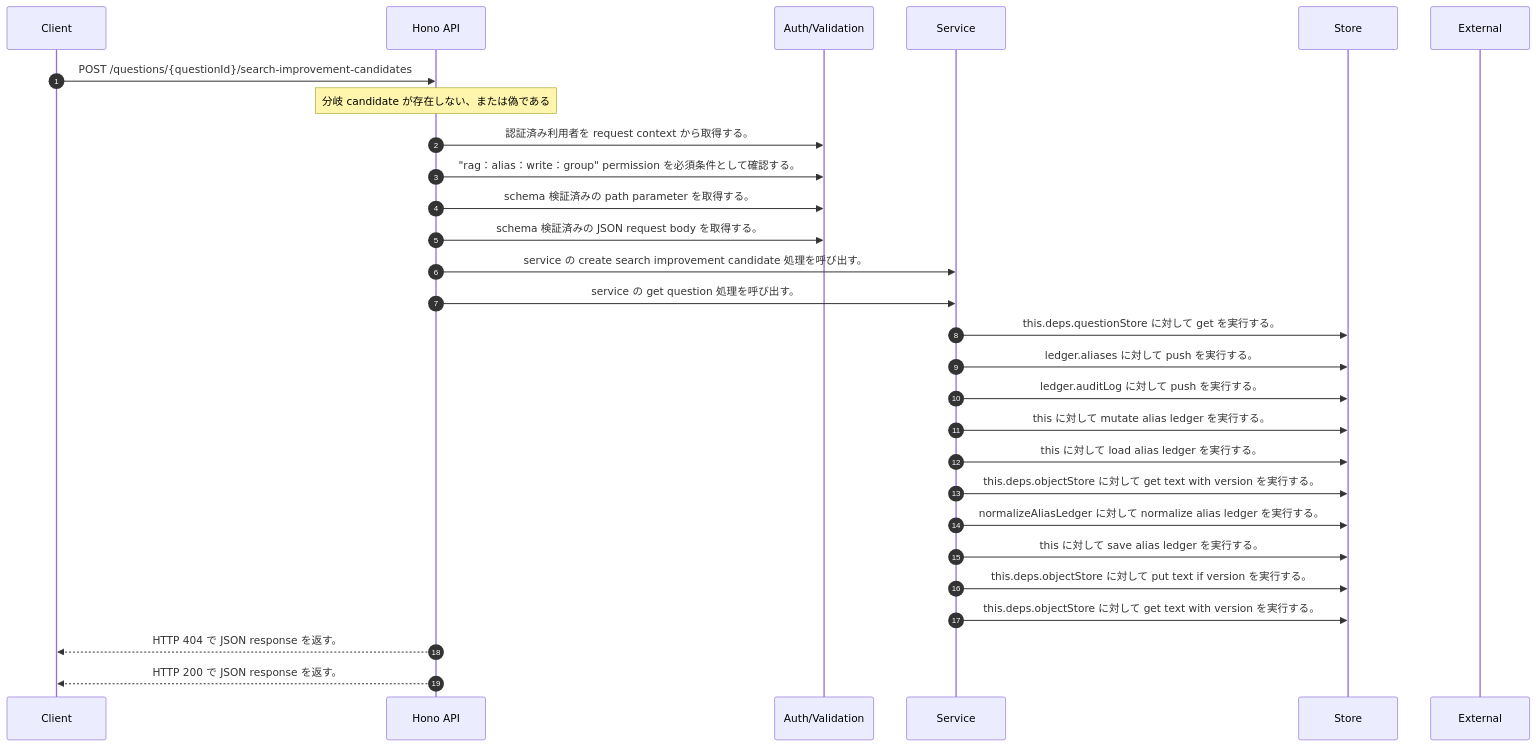
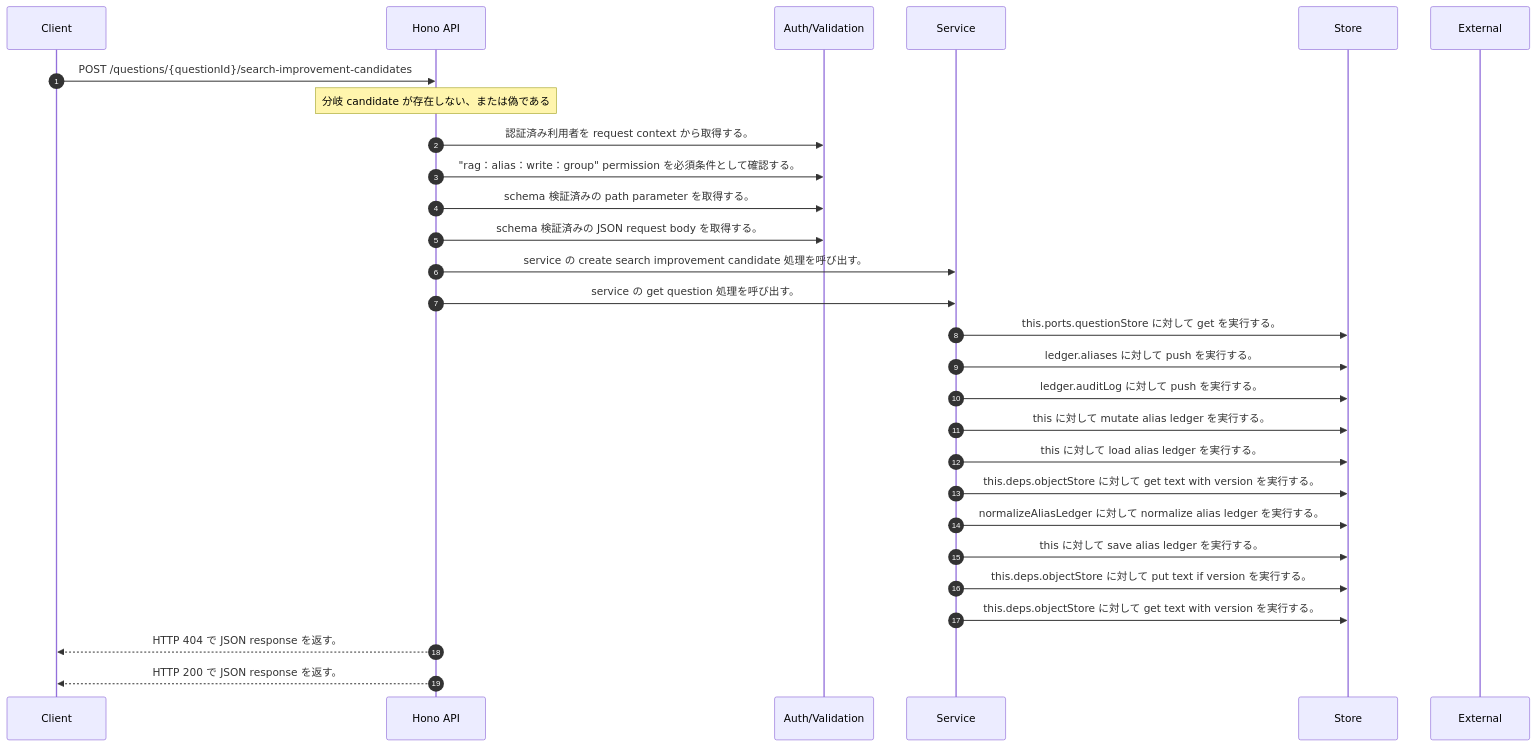
One commit to tsuji-tomonori/rag-assist changed the diagram in docs/generated/api-code/post-questions-questionid-search-improvement-candidates/sequence_gen.md. Above: the diagram before and after it, drawn with Mermaid. The commit also changed other lines of this file and 311 other files, not shown here.

````diff
--- a/docs/generated/api-code/post-questions-questionid-search-improvement-candidates/sequence_gen.md
+++ b/docs/generated/api-code/post-questions-questionid-search-improvement-candidates/sequence_gen.md
@@ -7,30 +7,30 @@
 ```mermaid
 sequenceDiagram
   autonumber
   participant Client as Client
   participant API as Hono API
   participant Auth as Auth/Validation
   participant Service as Service
   participant Store as Store
   participant External as External
   Client->>API: POST /questions/{questionId}/search-improvement-candidates
   Note over API: 分岐 candidate が存在しない、または偽である
   API->>Auth: 認証済み利用者を request context から取得する。
   API->>Auth: "rag：alias：write：group" permission を必須条件として確認する。
   API->>Auth: schema 検証済みの path parameter を取得する。
   API->>Auth: schema 検証済みの JSON request body を取得する。
   API->>Service: service の create search improvement candidate 処理を呼び出す。
   API->>Service: service の get question 処理を呼び出す。
-  Service->>Store: this.deps.questionStore に対して get を実行する。
+  Service->>Store: this.ports.questionStore に対して get を実行する。
   Service->>Store: ledger.aliases に対して push を実行する。
   Service->>Store: ledger.auditLog に対して push を実行する。
   Service->>Store: this に対して mutate alias ledger を実行する。
   Service->>Store: this に対して load alias ledger を実行する。
   Service->>Store: this.deps.objectStore に対して get text with version を実行する。
   Service->>Store: normalizeAliasLedger に対して normalize alias ledger を実行する。
   Service->>Store: this に対して save alias ledger を実行する。
   Service->>Store: this.deps.objectStore に対して put text if version を実行する。
   Service->>Store: this.deps.objectStore に対して get text with version を実行する。
   API-->>Client: HTTP 404 で JSON response を返す。
   API-->>Client: HTTP 200 で JSON response を返す。
 ```
````
